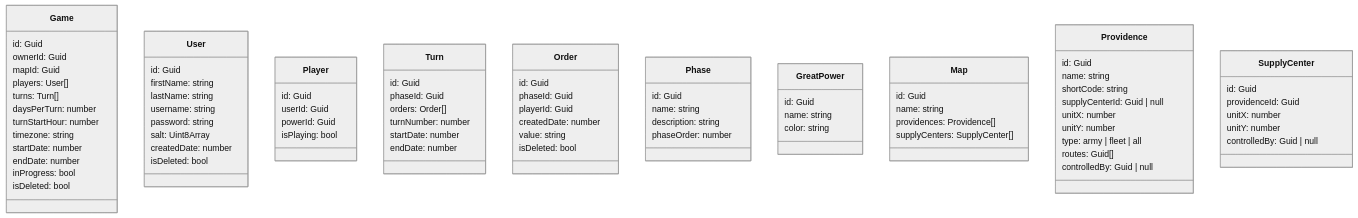
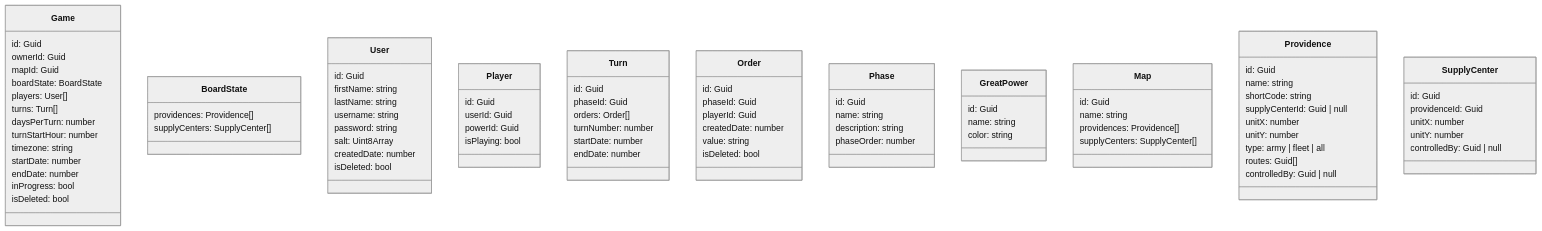
One commit to JHerget/diplomacy-api changed the diagram in README.md. Above: the diagram before and after it, drawn with Mermaid (neutral theme).

Commit message:
add board state model

```diff
--- a/README.md
+++ b/README.md
@@ -6,6 +6,7 @@
         id: Guid
         ownerId: Guid
         mapId: Guid
+        boardState: BoardState 
         players: User[]
         turns: Turn[]
         daysPerTurn: number
@@ -15,6 +16,11 @@
         endDate: number
         inProgress: bool
         isDeleted: bool
+    }
+
+    class BoardState {
+        providences: Providence[]
+        supplyCenters: SupplyCenter[]
     }
 
     class User {
```
